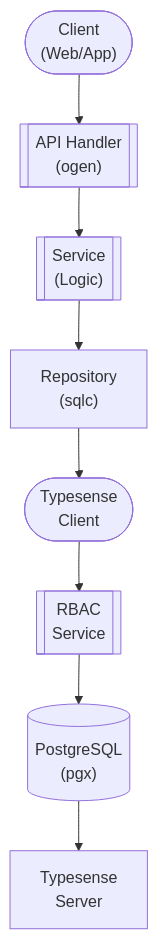
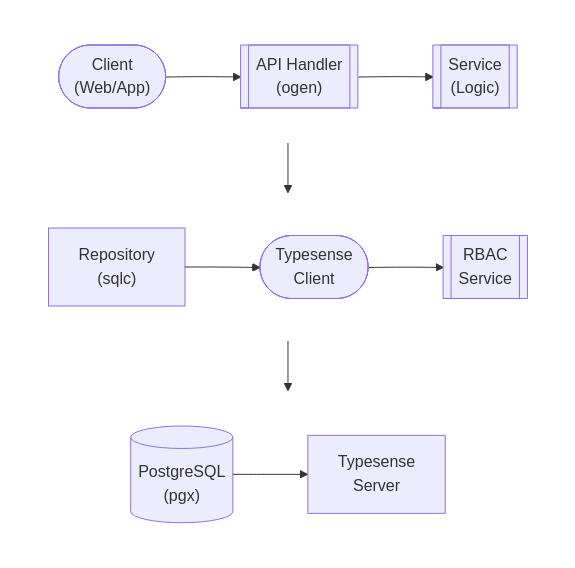
One commit to lusoris/revenge changed the diagram in docs/dev/design/services/SEARCH.md. Above: the diagram before and after it, drawn with Mermaid. The commit also changed 210 other files, not shown here.

First line of the commit message:
feat(docs): Add horizontal layout support for Mermaid diagrams

````diff
--- a/docs/dev/design/services/SEARCH.md
+++ b/docs/dev/design/services/SEARCH.md
@@ -60,18 +60,32 @@
 ```mermaid
 flowchart TD
-    node1(["Client<br/>(Web/App)"])
-    node2[["API Handler<br/>(ogen)"]]
-    node3[["Service<br/>(Logic)"]]
-    node4["Repository<br/>(sqlc)"]
-    node5(["Typesense<br/>Client"])
-    node6[["RBAC<br/>Service"]]
-    node7[("PostgreSQL<br/>(pgx)")]
-    node8["Typesense<br/>Server"]
+    subgraph row1[ ]
+        direction LR
+        node1(["Client<br/>(Web/App)"])
+        node2[["API Handler<br/>(ogen)"]]
+        node3[["Service<br/>(Logic)"]]
+    end
+    subgraph row2[ ]
+        direction LR
+        node4["Repository<br/>(sqlc)"]
+        node5(["Typesense<br/>Client"])
+        node6[["RBAC<br/>Service"]]
+    end
+    subgraph row3[ ]
+        direction LR
+        node7[("PostgreSQL<br/>(pgx)")]
+        node8["Typesense<br/>Server"]
+    end
     node1 --> node2
     node2 --> node3
     node4 --> node5
     node5 --> node6
     node7 --> node8
     node3 --> node4
     node6 --> node7
+
+    %% Hide row subgraph borders
+    style row1 fill:transparent,stroke:transparent
+    style row2 fill:transparent,stroke:transparent
+    style row3 fill:transparent,stroke:transparent
 ```
````
